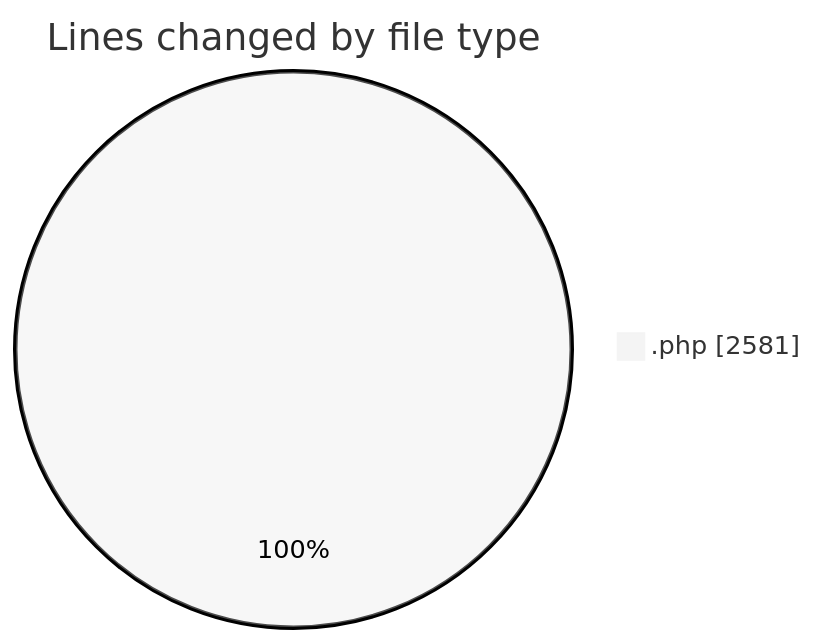
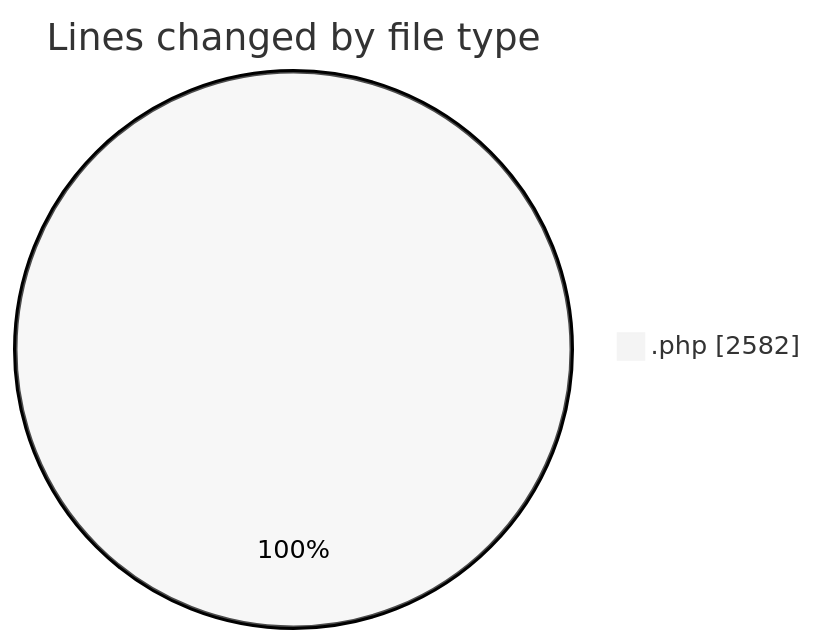
The first of 2 diagrams in 2025-05-31/shop/README.md (vahidmafi/code-tracking), drawn with Mermaid (neutral theme) before and after one commit. The commit also changed other lines of this file and 1 other file, not shown here.

````diff
--- a/2025-05-31/shop/README.md
+++ b/2025-05-31/shop/README.md
@@ -21,5 +21,5 @@
 ```mermaid
 pie showData
 title Lines changed by file type
-".php" : 2581
+".php" : 2582
 ```
````
